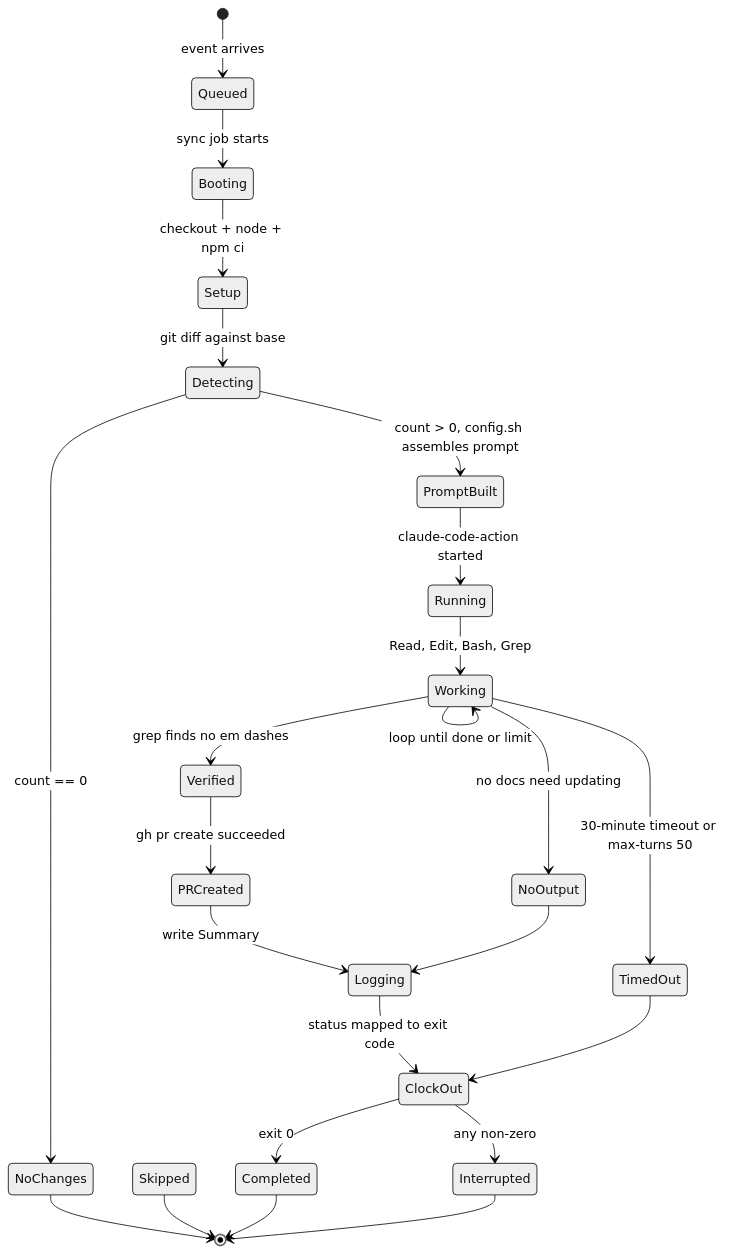
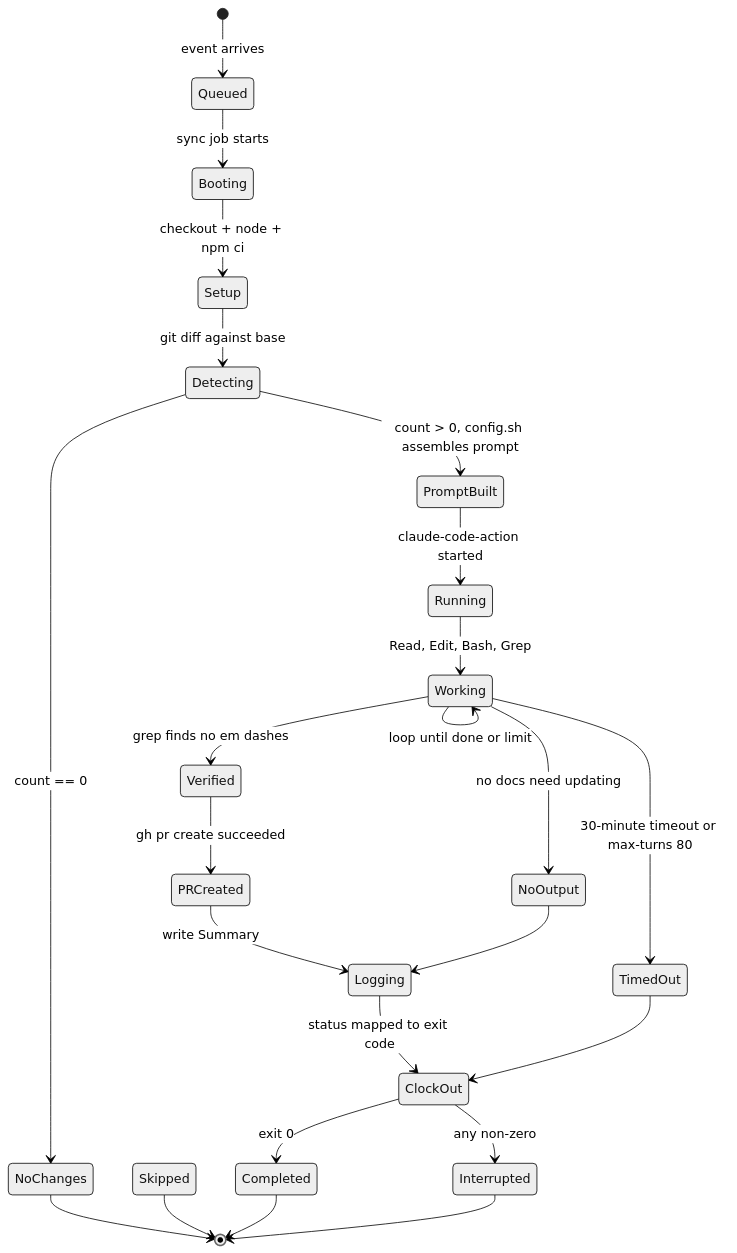
Before and after one commit to gregreindel/llm-exe: diagram 13 of 16 in .github/docs/DOCS_SYNC_DEEP_DIVE.md, drawn with Mermaid (neutral theme). The commit also changed other lines of this file and 4 other files, not shown here.

````diff
--- a/.github/docs/DOCS_SYNC_DEEP_DIVE.md
+++ b/.github/docs/DOCS_SYNC_DEEP_DIVE.md
@@ -499,26 +495,26 @@
 ```mermaid
 stateDiagram-v2
     [*] --> Queued: event arrives
     Queued --> Booting: sync job starts
     Booting --> Setup: checkout + node + npm ci
     Setup --> Detecting: git diff against base
     Detecting --> NoChanges: count == 0
     Detecting --> PromptBuilt: count > 0, config.sh assembles prompt
     PromptBuilt --> Running: claude-code-action started
     Running --> Working: Read, Edit, Bash, Grep
     Working --> Working: loop until done or limit
     Working --> Verified: grep finds no em dashes
     Verified --> PRCreated: gh pr create succeeded
     Working --> NoOutput: no docs need updating
     PRCreated --> Logging: write Summary
     NoOutput --> Logging
     Logging --> ClockOut: status mapped to exit code
     ClockOut --> Completed: exit 0
     ClockOut --> Interrupted: any non-zero
-    Working --> TimedOut: 30-minute timeout or max-turns 50
+    Working --> TimedOut: 30-minute timeout or max-turns 80
     TimedOut --> ClockOut
     NoChanges --> [*]
     Skipped --> [*]
     Completed --> [*]
     Interrupted --> [*]
 ```
````
